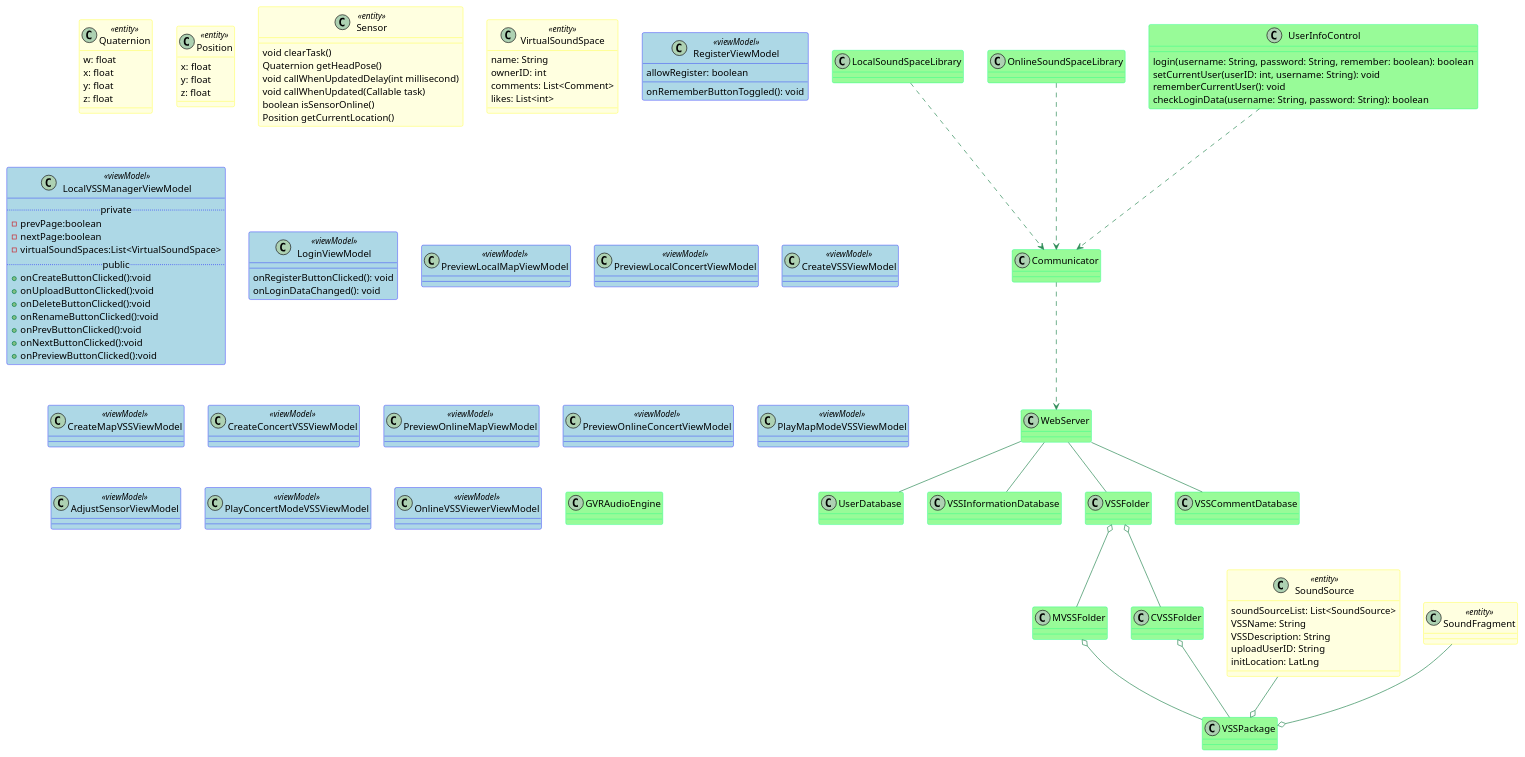
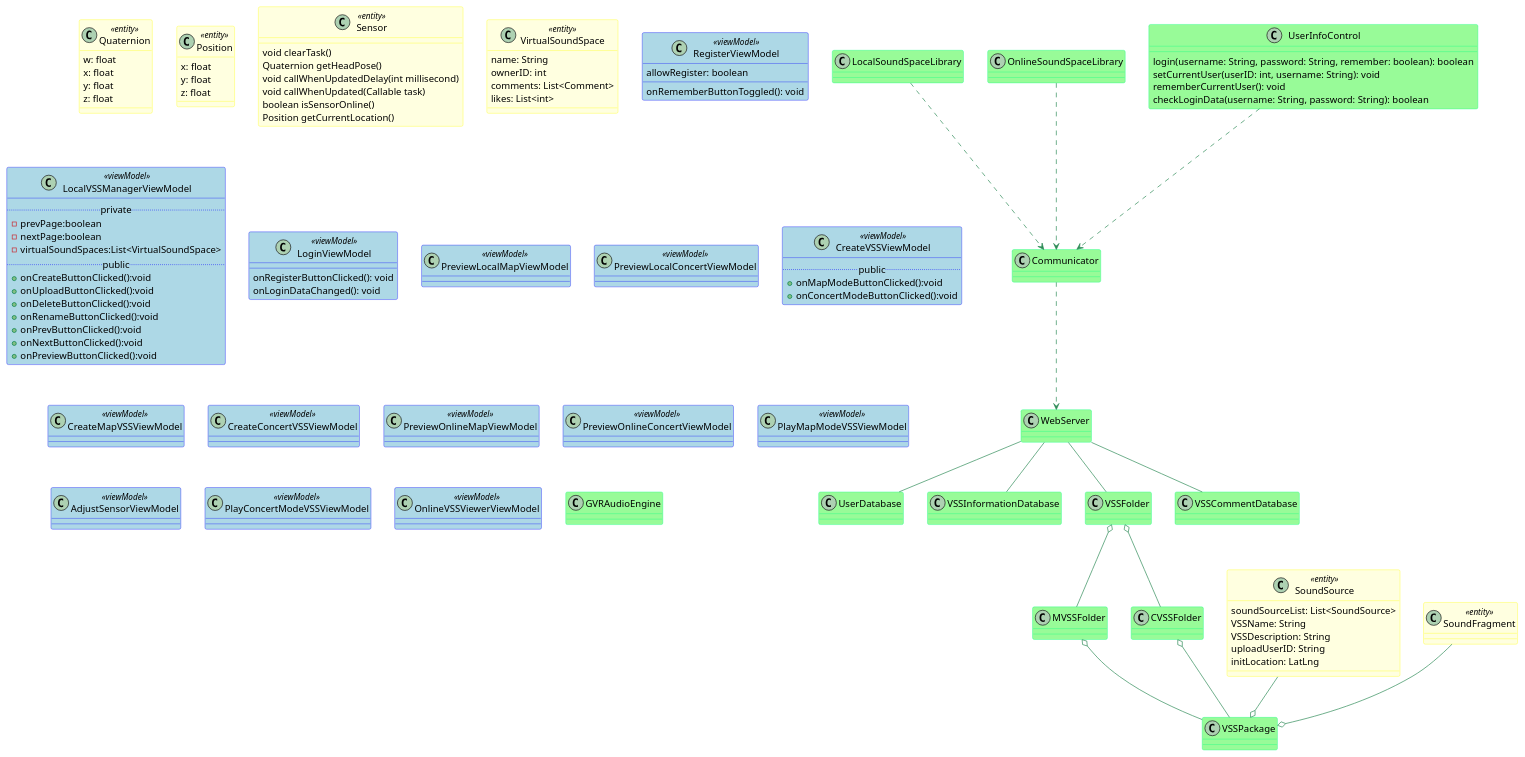
The diagram in 设计/对象模型.md (kpp19920121/doc), drawn with PlantUML before and after one commit. The commit also changed 3 other files, not shown here.

```diff
--- a/设计/对象模型.md
+++ b/设计/对象模型.md
@@ -139,7 +139,9 @@
 
 }
 class CreateVSSViewModel <<viewModel>> {
-
+  ..public..
+  +onMapModeButtonClicked():void
+  +onConcertModeButtonClicked():void
 }
 class CreateMapVSSViewModel <<viewModel>> {
 
```
